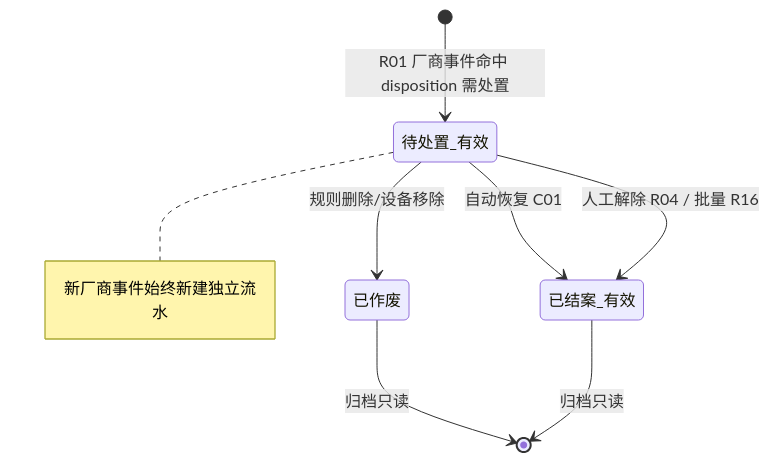
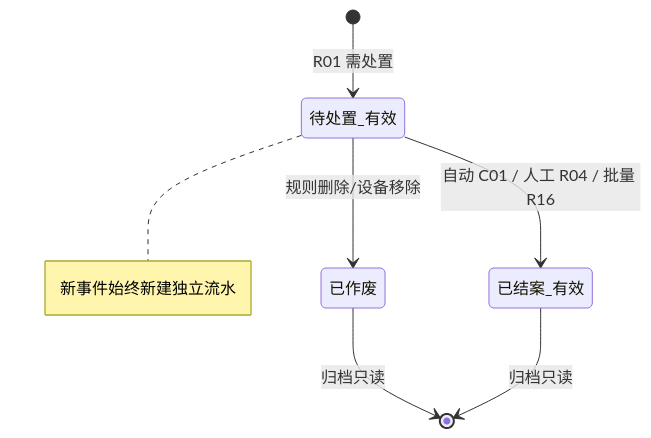
Before and after one commit to RobertHuang999/SYZC: the third of 3 diagrams in 02-PRD文档/B-迭代需求/6.2版本（2026.08）/02-预警信息/01设备预警信息/设备预警信息主PRD.md, drawn with Mermaid. The commit also changed other lines of this file and 362 other files, not shown here.

````diff
--- a/02-PRD文档/B-迭代需求/6.2版本（2026.08）/02-预警信息/01设备预警信息/设备预警信息主PRD.md
+++ b/02-PRD文档/B-迭代需求/6.2版本（2026.08）/02-预警信息/01设备预警信息/设备预警信息主PRD.md
@@ -162,10 +259,9 @@
 ```mermaid
 stateDiagram-v2
-    [*] --> 待处置_有效: R01 厂商事件命中 disposition 需处置
+    [*] --> 待处置_有效: R01 需处置
     待处置_有效 --> 已作废: 规则删除/设备移除
-    待处置_有效 --> 已结案_有效: 自动恢复 C01
-    待处置_有效 --> 已结案_有效: 人工解除 R04 / 批量 R16
+    待处置_有效 --> 已结案_有效: 自动 C01 / 人工 R04 / 批量 R16
     已作废 --> [*]: 归档只读
     已结案_有效 --> [*]: 归档只读
-    note right of 待处置_有效: 新厂商事件始终新建独立流水
+    note right of 待处置_有效: 新事件始终新建独立流水
 ```
````
